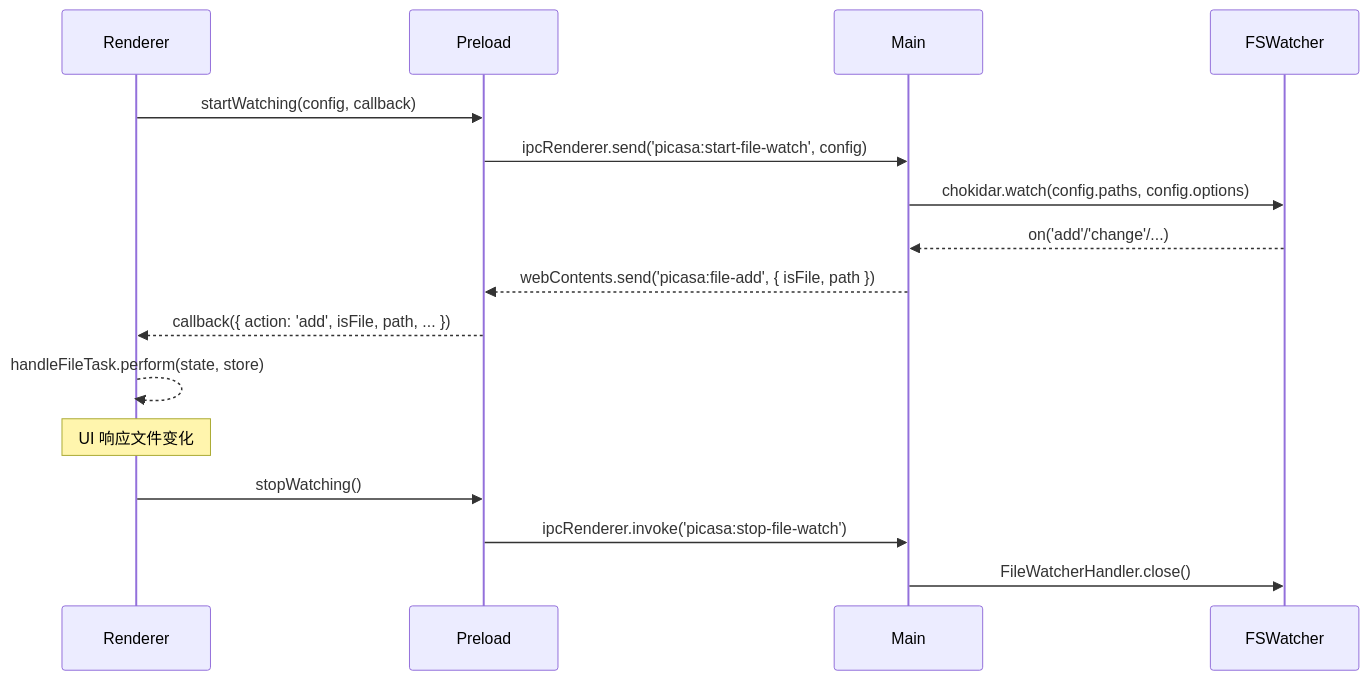
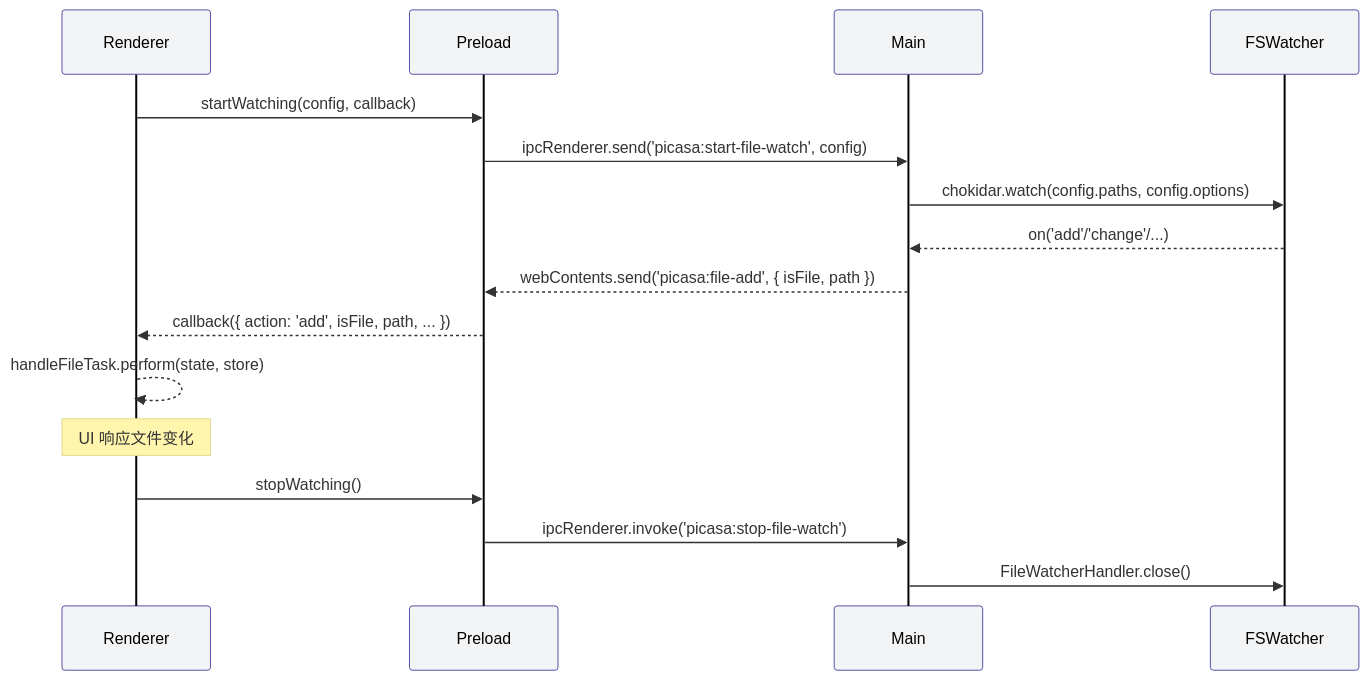
Before and after one commit to photasajs/photasa-app: the diagram in docs/design/20250703-watching-sequence-diagram.md, drawn with Mermaid. The commit also changed 54 other files, not shown here.

````diff
--- a/docs/design/20250703-watching-sequence-diagram.md
+++ b/docs/design/20250703-watching-sequence-diagram.md
@@ -5,20 +5,22 @@
 ```mermaid
+%%{init: {'theme':'base', 'themeVariables': { 'fontSize': '24px', 'primaryTextColor': '#000', 'primaryColor': '#2563eb', 'lineColor': '#374151', 'actorBkg': '#f3f4f6', 'actorTextColor': '#000', 'actorLineColor': '#000', 'messageTextColor': '#000', 'messageLineColor': '#000', 'labelTextColor': '#000', 'labelBackground': '#f9fafb', 'labelBorder': '#d1d5db', 'sectionBkgColor': '#f8fafc', 'altSectionBkgColor': '#f1f5f9', 'gridColor': '#e5e7eb', 'secondaryColor': '#f59e0b', 'tertiaryColor': '#10b981'}}}%%
+%%{init: {'theme':'base', 'themeVariables': { 'fontSize': '18px', 'primaryTextColor': '#333', 'primaryColor': '#4f46e5', 'lineColor': '#6b7280'}}}%%
 sequenceDiagram
     participant Renderer
     participant Preload
     participant Main
     participant FSWatcher
 
     Renderer->>Preload: startWatching(config, callback)
     Preload->>Main: ipcRenderer.send('picasa:start-file-watch', config)
     Main->>FSWatcher: chokidar.watch(config.paths, config.options)
     FSWatcher-->>Main: on('add'/'change'/...)
     Main-->>Preload: webContents.send('picasa:file-add', { isFile, path })
     Preload-->>Renderer: callback({ action: 'add', isFile, path, ... })
     Renderer-->>Renderer: handleFileTask.perform(state, store)
     Note over Renderer: UI 响应文件变化
 
     Renderer->>Preload: stopWatching()
     Preload->>Main: ipcRenderer.invoke('picasa:stop-file-watch')
     Main->>FSWatcher: FileWatcherHandler.close()
 ```
````
